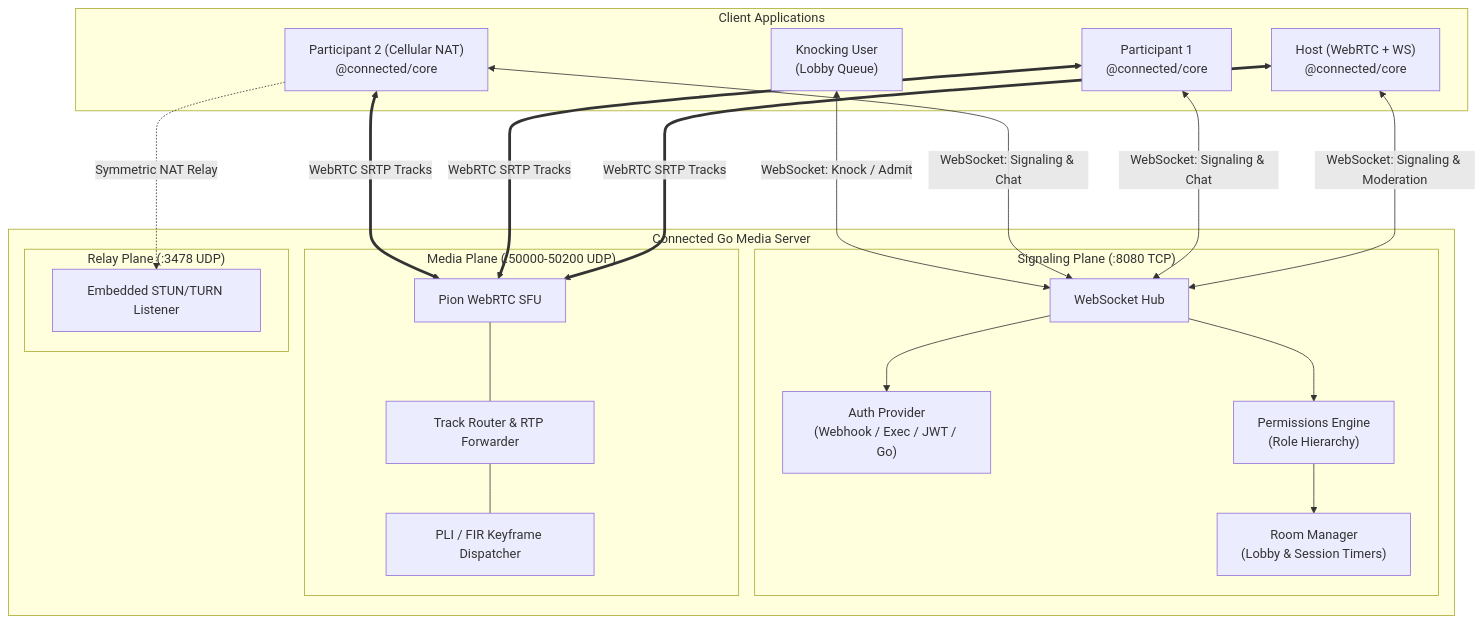
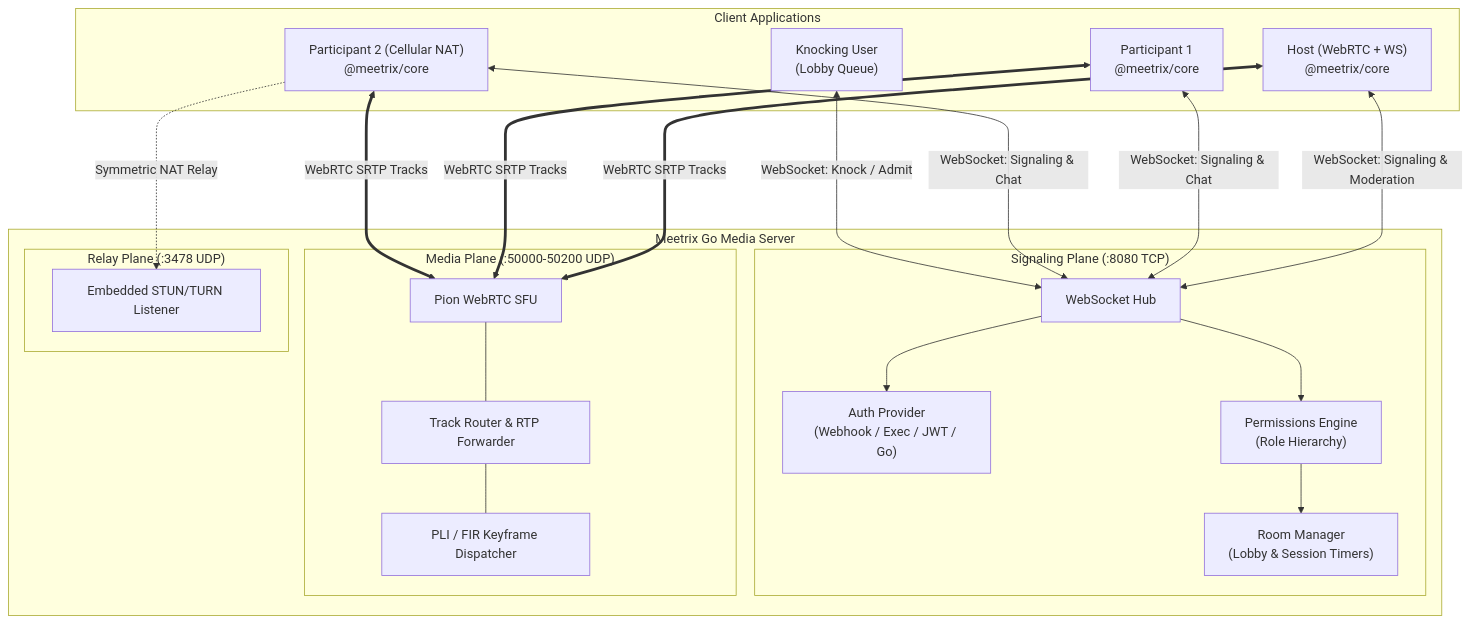
One commit to IsmaCortGtz/meetrix changed the diagram in README.md. Above: the diagram before and after it, drawn with Mermaid. The commit also changed other lines of this file and 97 other files, not shown here.

````diff
--- a/README.md
+++ b/README.md
@@ -45,45 +45,45 @@
 ```mermaid
 flowchart TB
     subgraph Clients["Client Applications"]
-        Host["Host (WebRTC + WS)<br/>@connected/core"]
-        User1["Participant 1<br/>@connected/core"]
-        User2["Participant 2 (Cellular NAT)<br/>@connected/core"]
+        Host["Host (WebRTC + WS)<br/>@meetrix/core"]
+        User1["Participant 1<br/>@meetrix/core"]
+        User2["Participant 2 (Cellular NAT)<br/>@meetrix/core"]
         Lobby["Knocking User<br/>(Lobby Queue)"]
     end
 
-    subgraph Server["Connected Go Media Server"]
+    subgraph Server["Meetrix Go Media Server"]
         subgraph Signaling["Signaling Plane (:8080 TCP)"]
             WSHub["WebSocket Hub"]
             Auth["Auth Provider<br/>(Webhook / Exec / JWT / Go)"]
             Perms["Permissions Engine<br/>(Role Hierarchy)"]
             RoomMgr["Room Manager<br/>(Lobby & Session Timers)"]
         end
 
         subgraph Media["Media Plane (:50000-50200 UDP)"]
             SFU["Pion WebRTC SFU"]
             Router["Track Router & RTP Forwarder"]
             PLI["PLI / FIR Keyframe Dispatcher"]
         end
 
         subgraph Relay["Relay Plane (:3478 UDP)"]
             TURN["Embedded STUN/TURN Listener"]
         end
     end
 
     Host <-->|WebSocket: Signaling & Moderation| WSHub
     User1 <-->|WebSocket: Signaling & Chat| WSHub
     User2 <-->|WebSocket: Signaling & Chat| WSHub
     Lobby <-->|WebSocket: Knock / Admit| WSHub
 
     WSHub --> Auth
     WSHub --> Perms
     Perms --> RoomMgr
 
     Host <===>|WebRTC SRTP Tracks| SFU
     User1 <===>|WebRTC SRTP Tracks| SFU
     User2 <===>|WebRTC SRTP Tracks| SFU
 
     SFU --- Router
     Router --- PLI
     User2 -.->|Symmetric NAT Relay| TURN
 ```
````
